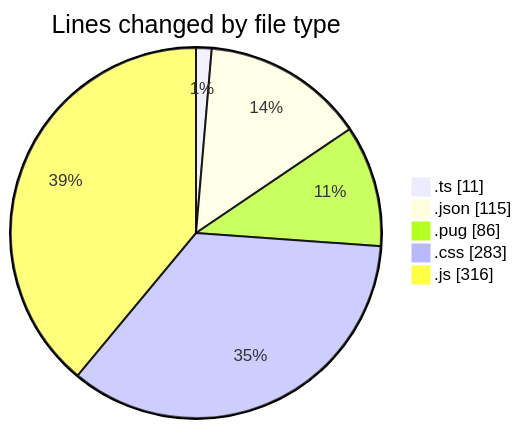
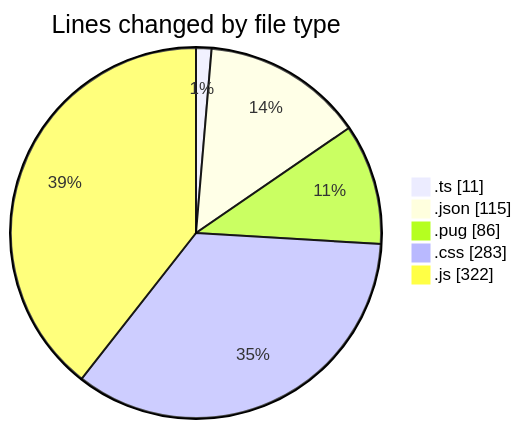
The first of 2 diagrams in 2025-02-24/cda/README.md (momahboobian/code-tracking), drawn with Mermaid before and after one commit. The commit also changed other lines of this file and 1 other file, not shown here.

````diff
--- a/2025-02-24/cda/README.md
+++ b/2025-02-24/cda/README.md
@@ -31,9 +31,9 @@
 ```mermaid
 pie showData
 title Lines changed by file type
 ".ts" : 11
 ".json" : 115
 ".pug" : 86
 ".css" : 283
-".js" : 316
+".js" : 322
 ```
````
